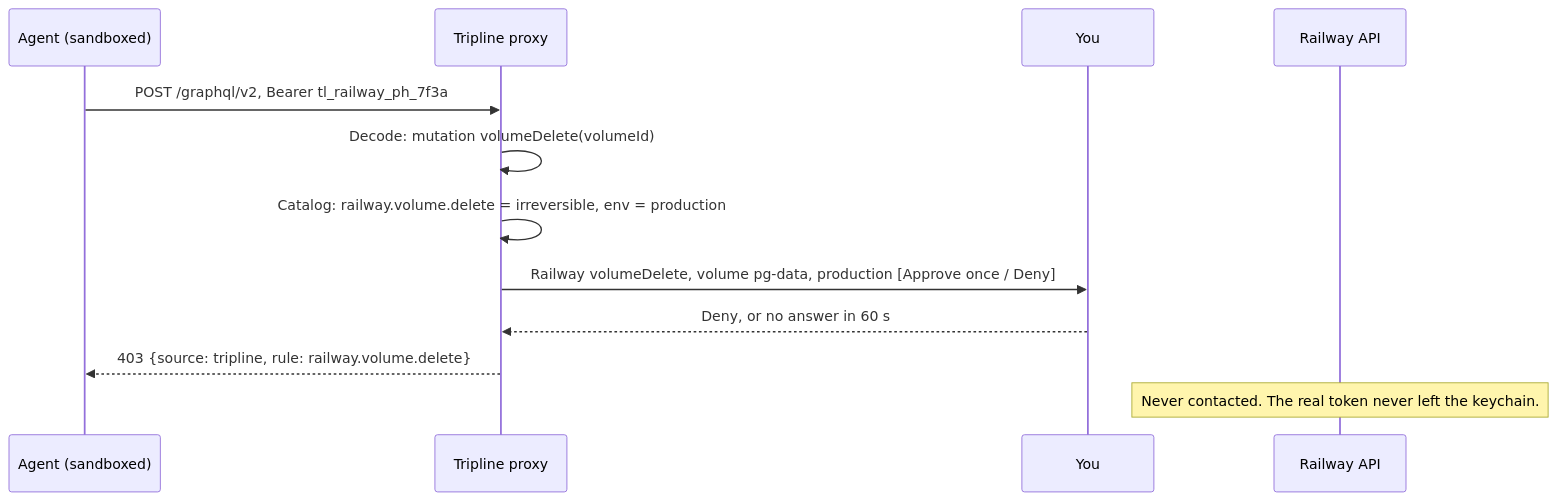
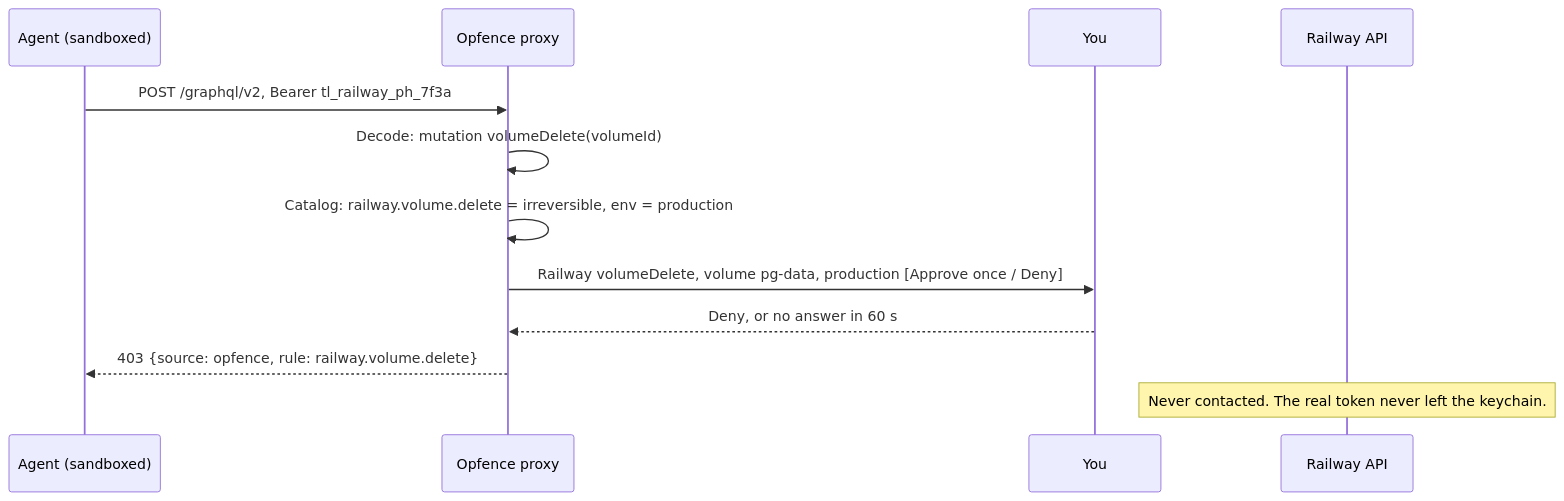
The second of 3 diagrams in docs/PLAN.md (rakeshnitb23/opfence), drawn with Mermaid before and after one commit. The commit also changed other lines of this file, not shown here.

Commit message:
Rename project to Opfence

````diff
--- a/docs/PLAN.md
+++ b/docs/PLAN.md
@@ -173,14 +173,14 @@
 ```mermaid
 sequenceDiagram
   participant Ag as Agent (sandboxed)
-  participant Px as Tripline proxy
+  participant Px as Opfence proxy
   participant You as You
   participant Api as Railway API
   Ag->>Px: POST /graphql/v2, Bearer tl_railway_ph_7f3a
   Px->>Px: Decode: mutation volumeDelete(volumeId)
   Px->>Px: Catalog: railway.volume.delete = irreversible, env = production
   Px->>You: Railway volumeDelete, volume pg-data, production [Approve once / Deny]
   You-->>Px: Deny, or no answer in 60 s
-  Px-->>Ag: 403 {source: tripline, rule: railway.volume.delete}
+  Px-->>Ag: 403 {source: opfence, rule: railway.volume.delete}
   Note over Api: Never contacted. The real token never left the keychain.
 ```
````
